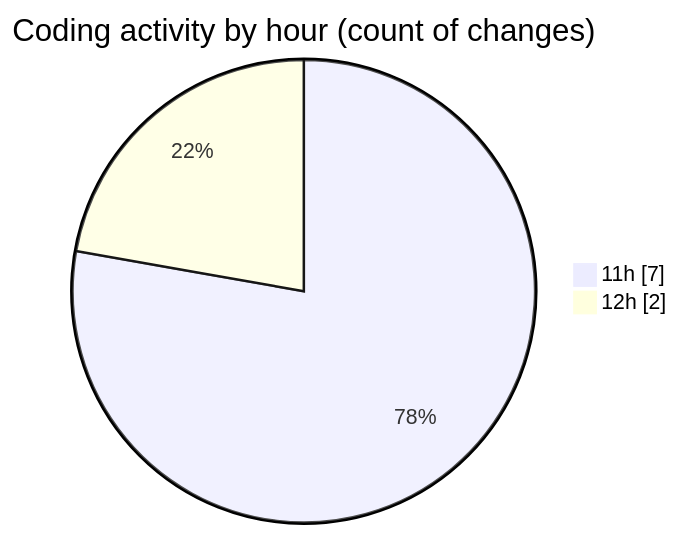
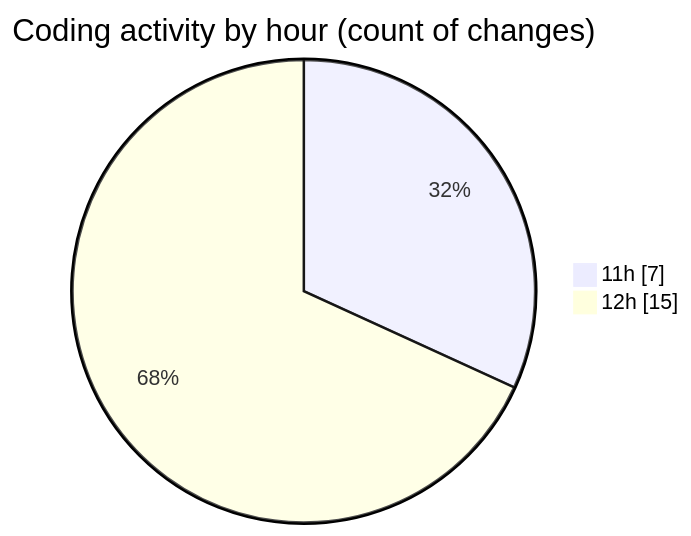
The second of 2 diagrams in 2025-09-25/nxtqube_webapp/README.md (nxtqubesakshisongat/code-tracking), drawn with Mermaid before and after one commit. The commit also changed other lines of this file and 1 other file, not shown here.

````diff
--- a/2025-09-25/nxtqube_webapp/README.md
+++ b/2025-09-25/nxtqube_webapp/README.md
@@ -28,6 +28,6 @@
 ```mermaid
 pie showData
 title Coding activity by hour (count of changes)
 "11h" : 7
-"12h" : 2
+"12h" : 15
 ```
````
